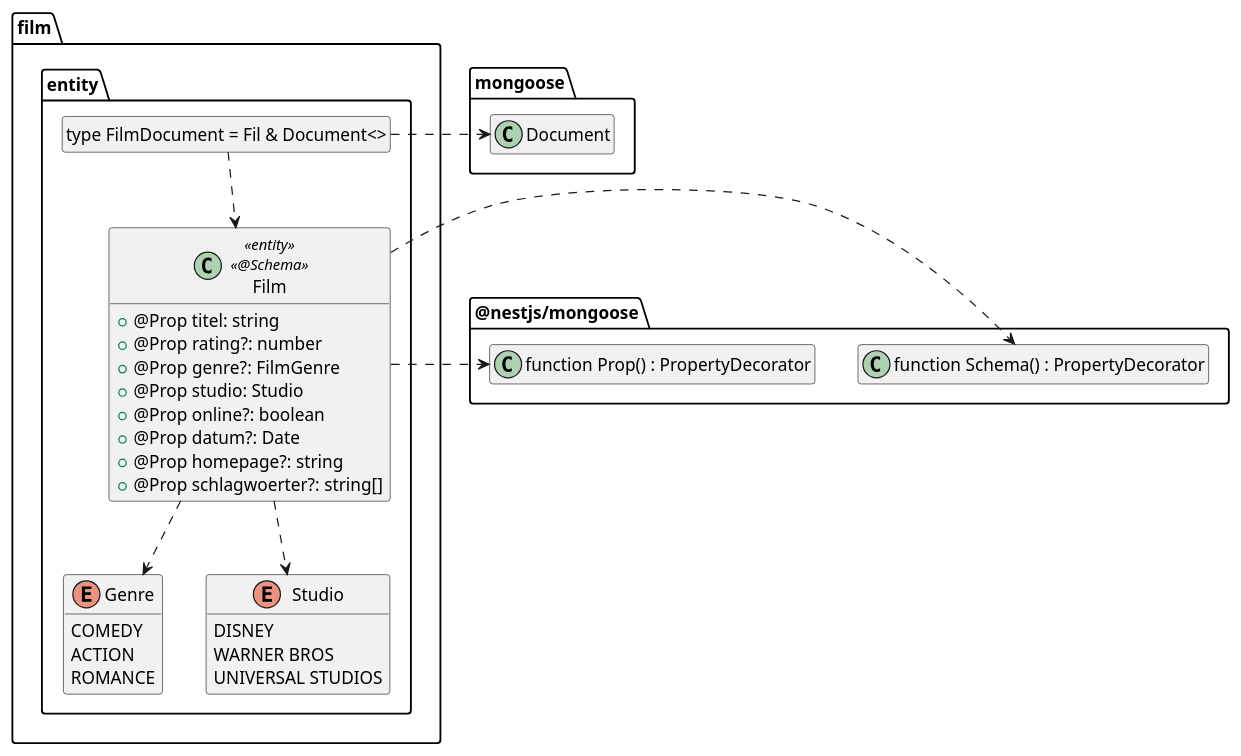
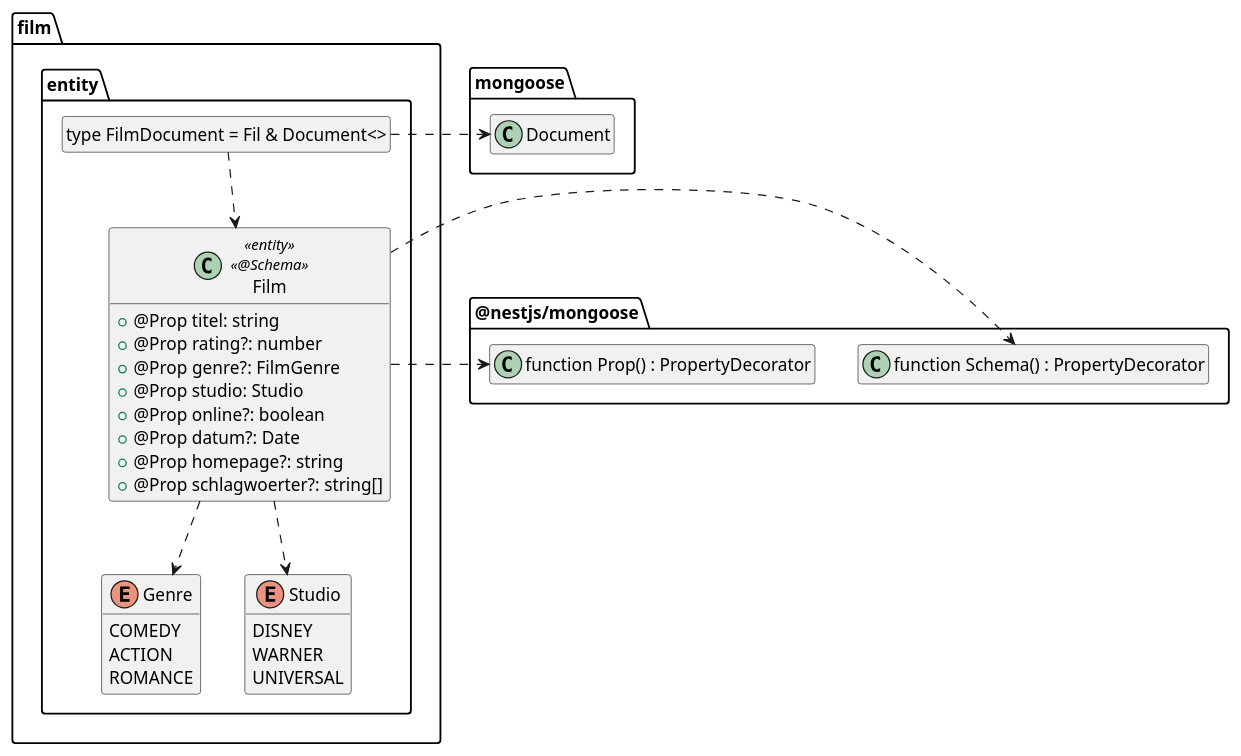
One commit to SWEGruppe8/Film changed the diagram in extras/doc/entwicklerhandbuch/Film.puml. Above: the diagram before and after it, drawn with PlantUML. The commit also changed 10 other files, not shown here.

Commit message:
Warner und Universal

```diff
--- a/extras/doc/entwicklerhandbuch/Film.puml
+++ b/extras/doc/entwicklerhandbuch/Film.puml
@@ -1,53 +1,53 @@
 @startuml Entity
 
 package @nestjs/mongoose {
   class "function Schema() : PropertyDecorator" as Schema
   class "function Prop() : PropertyDecorator" as Prop
 }
 
 package mongoose {
   class Document
 }
 
 package film.entity {
   class "type FilmDocument = Fil & Document<>" as FilmDocument
   hide FilmDocument circle
 
   FilmDocument ..> Film
   FilmDocument .right.> Document
 
   class Film
 
   Film .right.> Schema
   Film .right.> Prop
 
   Film ..> Genre
   Film ..> Studio
 
   enum Genre {
     COMEDY
     ACTION
     ROMANCE
   }
 
   enum Studio {
     DISNEY
-    WARNER BROS
-    UNIVERSAL STUDIOS
+    WARNER
+    UNIVERSAL
   }
 
   class Film <<entity>> <<@Schema>> {
     + @Prop titel: string
     + @Prop rating?: number
     + @Prop genre?: FilmGenre
     + @Prop studio: Studio
     + @Prop online?: boolean
     + @Prop datum?: Date
     + @Prop homepage?: string
     + @Prop schlagwoerter?: string[]
   }
 }
 
 hide empty members
 
 @enduml
```
